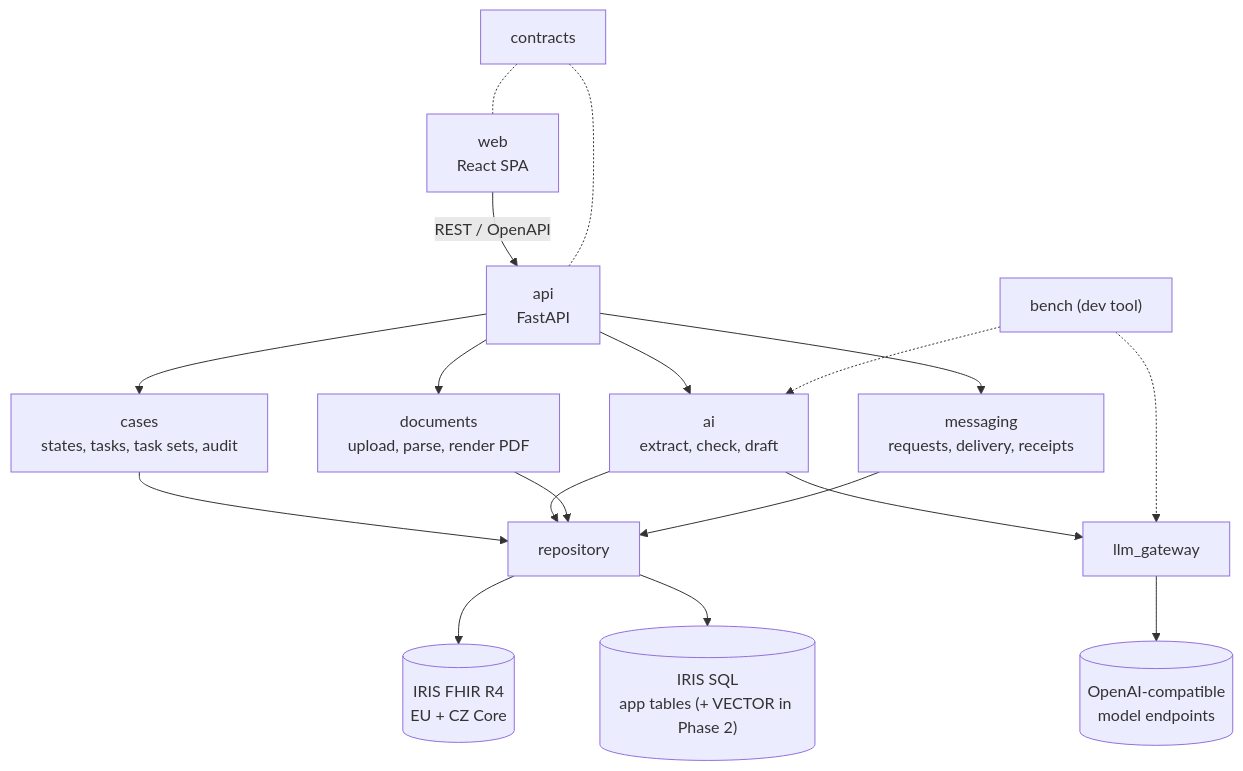
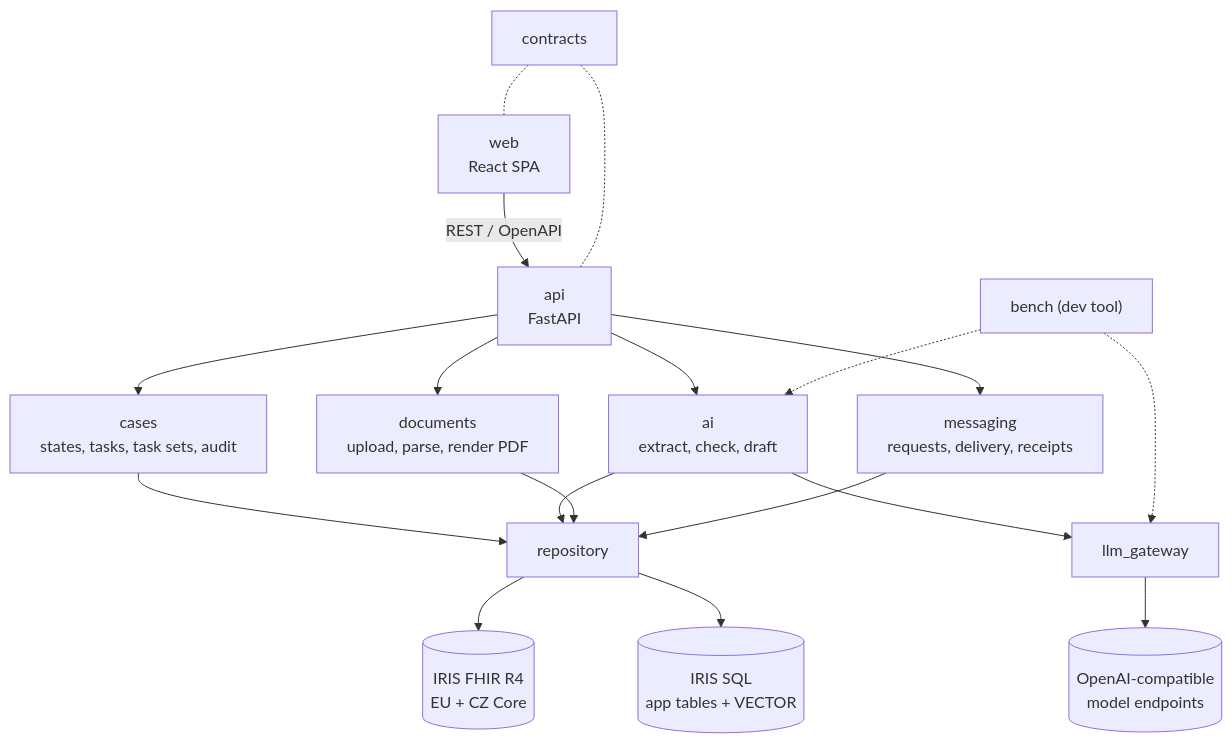
One commit to darkmackov/AI-Rackathon2026-Nessio changed the first of 4 diagrams in docs/architecture.md. Above: the diagram before and after it, drawn with Mermaid. The commit also changed other lines of this file and 10 other files, not shown here.

````diff
--- a/docs/architecture.md
+++ b/docs/architecture.md
@@ -21,20 +21,20 @@
 ```mermaid
 flowchart TD
   web["web<br/>React SPA"] -->|REST / OpenAPI| api["api<br/>FastAPI"]
   api --> cases["cases<br/>states, tasks, task sets, audit"]
   api --> ai["ai<br/>extract, check, draft"]
   api --> documents["documents<br/>upload, parse, render PDF"]
   api --> messaging["messaging<br/>requests, delivery, receipts"]
   cases --> repo["repository"]
   ai --> repo
   documents --> repo
   messaging --> repo
   ai --> llm["llm_gateway"]
   llm --> models[("OpenAI-compatible<br/>model endpoints")]
   repo --> fhir[("IRIS FHIR R4<br/>EU + CZ Core")]
-  repo --> sql[("IRIS SQL<br/>app tables (+ VECTOR in Phase 2)")]
+  repo --> sql[("IRIS SQL<br/>app tables + VECTOR")]
   bench["bench (dev tool)"] -.-> ai
   bench -.-> llm
   contracts["contracts"] -.- api
   contracts -.- web
 ```
````
